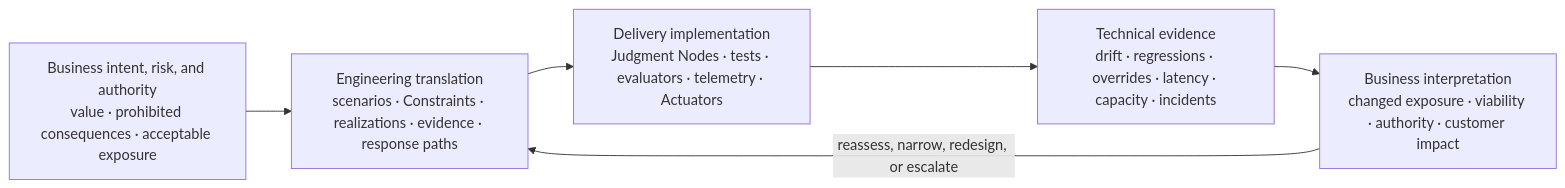
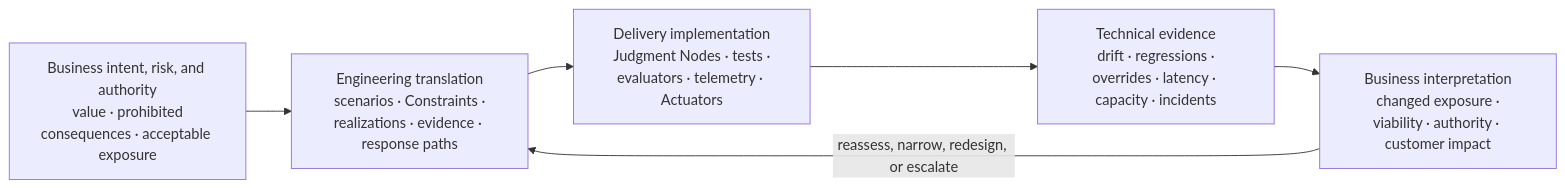
Before and after one commit to UncertaintyArchitectureGroup/uncertainty-architecture: diagram 12 of 14 in content/research/notes/open-engineering-specification-article-draft.md, drawn with Mermaid. The commit also changed other lines of this file, not shown here.

Commit message:
fix(research): stabilize Mermaid rendering

````diff
--- a/content/research/notes/open-engineering-specification-article-draft.md
+++ b/content/research/notes/open-engineering-specification-article-draft.md
@@ -585,11 +590,11 @@
 ```mermaid
 flowchart LR
-    BR["Business intent, risk, and authority<br/>value · prohibited consequences · acceptable exposure"]
-    ENG["Engineering translation<br/>scenarios · Constraints · realizations · evidence · response paths"]
-    IMP["Delivery implementation<br/>Judgment Nodes · tests · evaluators · telemetry · Actuators"]
-    TECH["Technical evidence<br/>drift · regressions · overrides · latency · capacity · incidents"]
-    BEXP["Business interpretation<br/>changed exposure · viability · authority · customer impact"]
+    BR["Business intent, risk, and authority<br/> value · prohibited consequences · acceptable exposure"]
+    ENG["Engineering translation<br/> scenarios · Constraints · realizations · evidence · response paths"]
+    IMP["Delivery implementation<br/> Judgment Nodes · tests · evaluators · telemetry · Actuators"]
+    TECH["Technical evidence<br/> drift · regressions · overrides · latency · capacity · incidents"]
+    BEXP["Business interpretation<br/> changed exposure · viability · authority · customer impact"]
 
     BR --> ENG --> IMP --> TECH --> BEXP
     BEXP -->|reassess, narrow, redesign, or escalate| ENG
 ```
````
